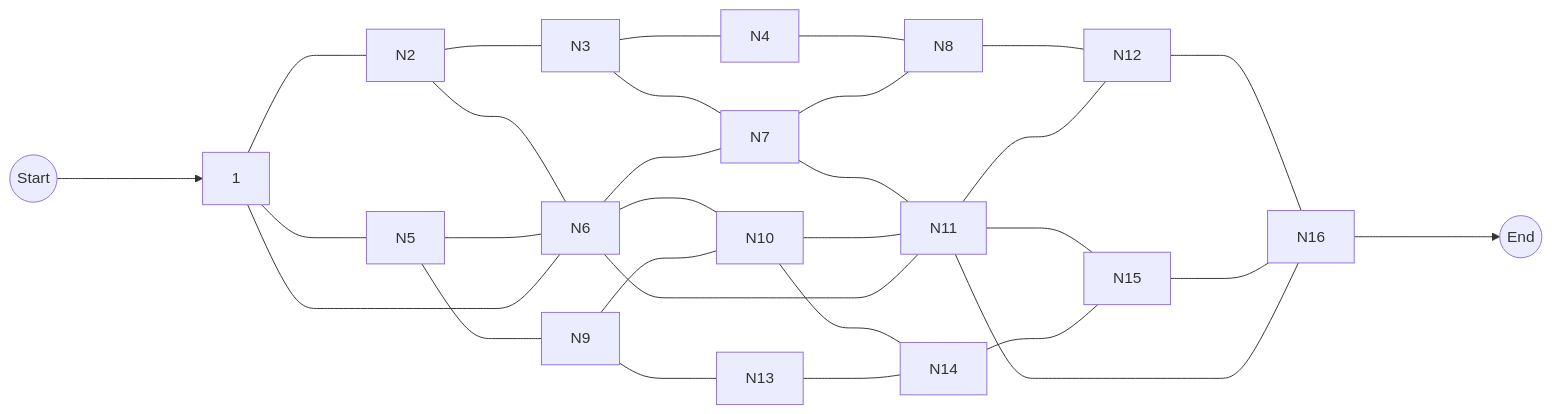
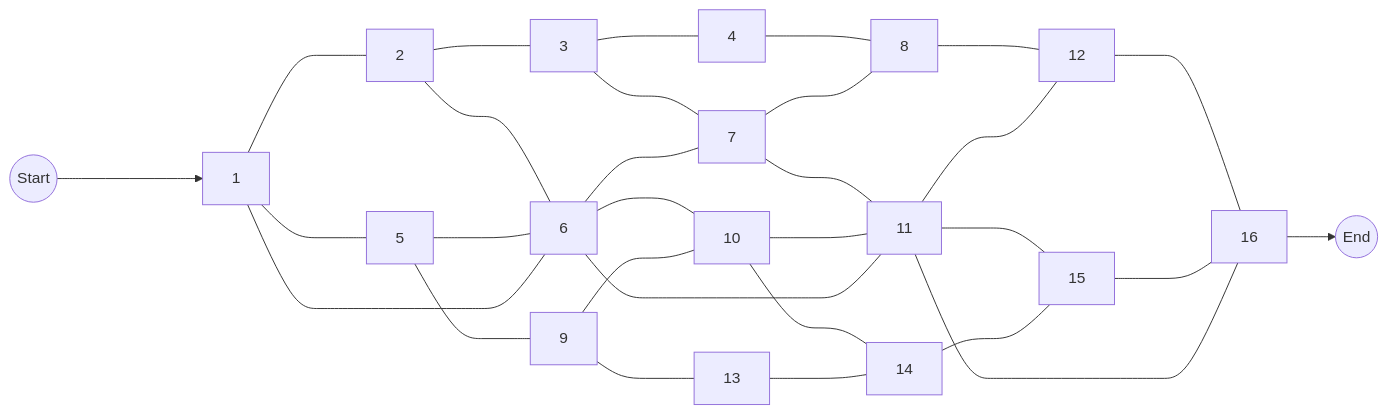
One commit to ttl-ungs/order-picking-optimization changed the tenth of 10 diagrams in tests/opp_v2/doc/test_cases.md. Above: the diagram before and after it, drawn with Mermaid. The commit also changed 1 other file, not shown here.

Commit message:
Update G10

````diff
--- a/tests/opp_v2/doc/test_cases.md
+++ b/tests/opp_v2/doc/test_cases.md
@@ -129,32 +129,32 @@
 ```mermaid
 graph LR
     S((Start)) ----> N1["1"]
-    N1 ---- N5
-    N5 ---- N9
-    N9 ---- N13
-    N1 ---- N2
-    N2 ---- N3
-    N3 ---- N4
-    N2 ---- N6
-    N6 ---- N10
-    N10 ---- N14
-    N3 ---- N7
-    N7 ---- N11
-    N11 ---- N15
-    N4 ---- N8
-    N8 ---- N12
-    N12 ---- N16
-    N5 ---- N6
+    N1 ---- N5["5"]
+    N5 ---- N9["9"]
+    N9 ---- N13["13"]
+    N1 ---- N2["2"]
+    N2 ---- N3["3"]
+    N3 ---- N4["4"]
+    N2 ---- N6["6"]
+    N6 ---- N10["10"]
+    N10 ---- N14["14"]
+    N3 ---- N7["7"]
+    N7 ---- N11["11"]
+    N11 ---- N15["15"]
+    N4 ---- N8["8"]
+    N8 ---- N12["12"]
+    N12 ---- N16["16"]
+    N5 ---- N6["6"]
     N6 ---- N7
     N7 ---- N8
     N9 ---- N10
     N10 ---- N11
     N11 ---- N12
     N13 ---- N14
     N14 ---- N15
     N15 ---- N16
     N1 ---- N6
     N6 ---- N11
     N11 ---- N16
-    N16 ----> E((End))
+    N16 --> E((End))
 ```
````
